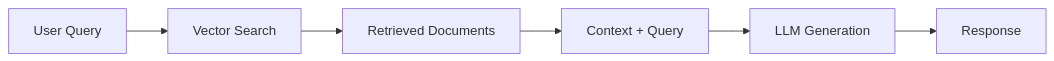
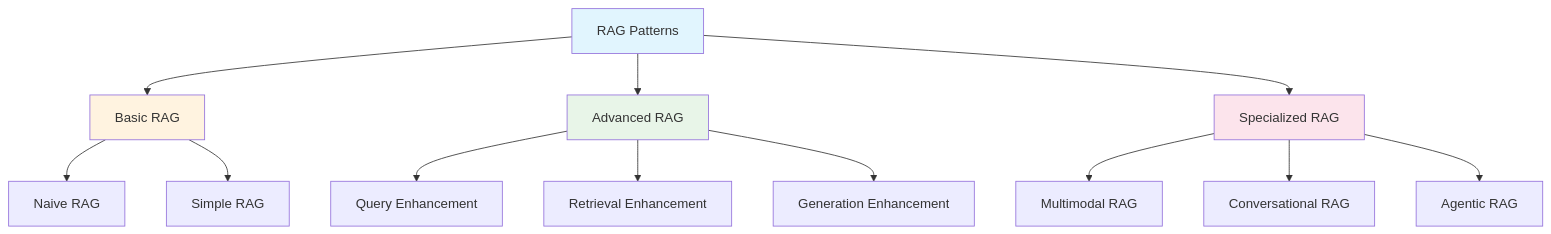
Before and after one commit to nvgr-GenAI/my-learning: the first of 2 diagrams in docs/genai/rag/patterns.md, drawn with Mermaid. The commit also changed other lines of this file and 417 other files, not shown here.

````diff
--- a/docs/genai/rag/patterns.md
+++ b/docs/genai/rag/patterns.md
@@ -13,8 +10,22 @@
 ```mermaid
-graph LR
-    A[User Query] --> B[Vector Search]
-    B --> C[Retrieved Documents]
-    C --> D[Context + Query]
-    D --> E[LLM Generation]
-    E --> F[Response]
+graph TD
+    A[RAG Patterns] --> B[Basic RAG]
+    A --> C[Advanced RAG]
+    A --> D[Specialized RAG]
+    
+    B --> B1[Naive RAG]
+    B --> B2[Simple RAG]
+    
+    C --> C1[Query Enhancement]
+    C --> C2[Retrieval Enhancement]
+    C --> C3[Generation Enhancement]
+    
+    D --> D1[Multimodal RAG]
+    D --> D2[Conversational RAG]
+    D --> D3[Agentic RAG]
+    
+    style A fill:#e1f5fe
+    style B fill:#fff3e0
+    style C fill:#e8f5e8
+    style D fill:#fce4ec
 ```
````
